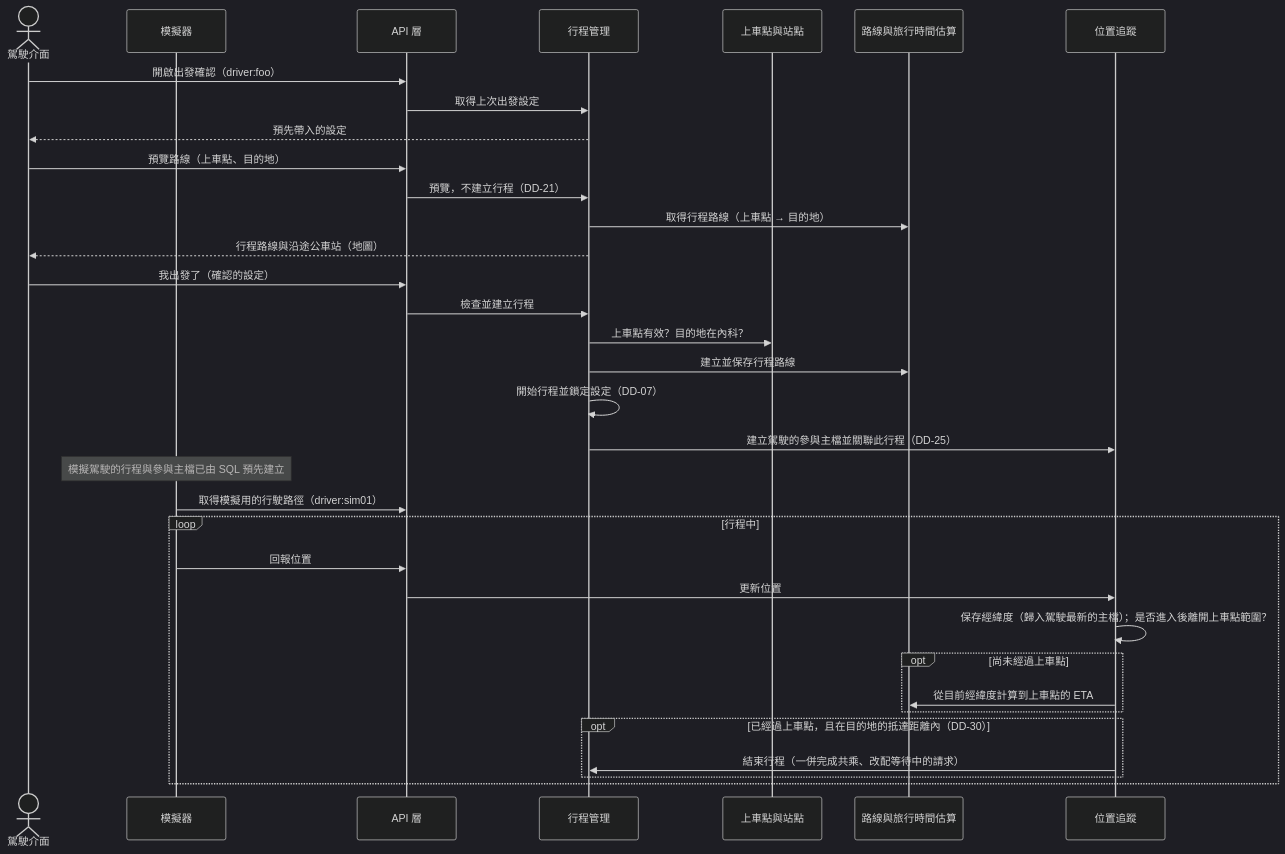
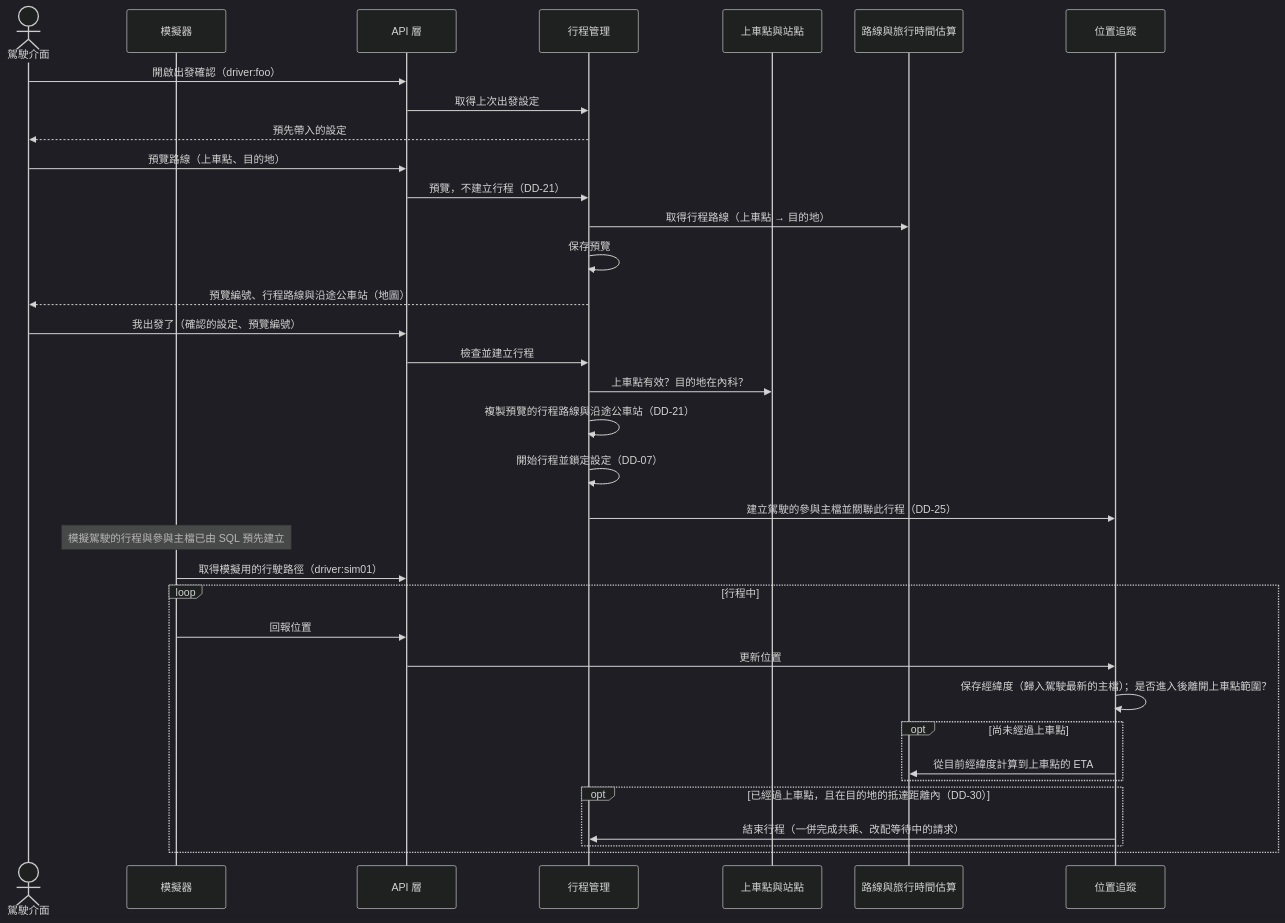
Before and after one commit to sohoffice/debugthon-carpool: diagram 11 of 13 in docs/design.md, drawn with Mermaid (dark theme). The commit also changed other lines of this file, not shown here.

````diff
--- a/docs/design.md
+++ b/docs/design.md
@@ -1125,37 +1148,38 @@
 ```mermaid
 sequenceDiagram
     actor D as 駕駛介面
     participant SIM as 模擬器
     participant API as API 層
     participant TRIP as 行程管理
     participant STN as 上車點與站點
     participant TT as 路線與旅行時間估算
     participant TRK as 位置追蹤
 
     D->>API: 開啟出發確認（driver:foo）
     API->>TRIP: 取得上次出發設定
     TRIP-->>D: 預先帶入的設定
     D->>API: 預覽路線（上車點、目的地）
     API->>TRIP: 預覽，不建立行程（DD-21）
     TRIP->>TT: 取得行程路線（上車點 → 目的地）
-    TRIP-->>D: 行程路線與沿途公車站（地圖）
-    D->>API: 我出發了（確認的設定）
+    TRIP->>TRIP: 保存預覽
+    TRIP-->>D: 預覽編號、行程路線與沿途公車站（地圖）
+    D->>API: 我出發了（確認的設定、預覽編號）
     API->>TRIP: 檢查並建立行程
     TRIP->>STN: 上車點有效？目的地在內科？
-    TRIP->>TT: 建立並保存行程路線
+    TRIP->>TRIP: 複製預覽的行程路線與沿途公車站（DD-21）
     TRIP->>TRIP: 開始行程並鎖定設定（DD-07）
     TRIP->>TRK: 建立駕駛的參與主檔並關聯此行程（DD-25）
     Note over SIM: 模擬駕駛的行程與參與主檔已由 SQL 預先建立
     SIM->>API: 取得模擬用的行駛路徑（driver:sim01）
     loop 行程中
         SIM->>API: 回報位置
         API->>TRK: 更新位置
         TRK->>TRK: 保存經緯度（歸入駕駛最新的主檔）；是否進入後離開上車點範圍？
         opt 尚未經過上車點
             TRK->>TT: 從目前經緯度計算到上車點的 ETA
         end
         opt 已經過上車點，且在目的地的抵達距離內（DD-30）
             TRK->>TRIP: 結束行程（一併完成共乘、改配等待中的請求）
         end
     end
 ```
````
